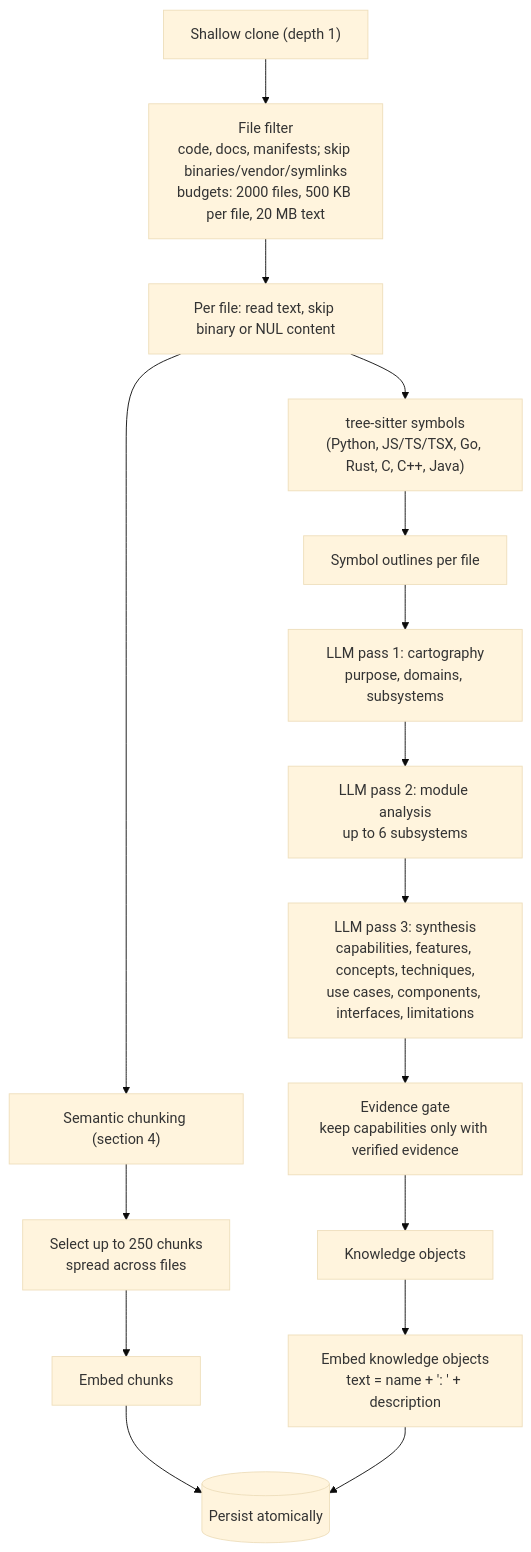
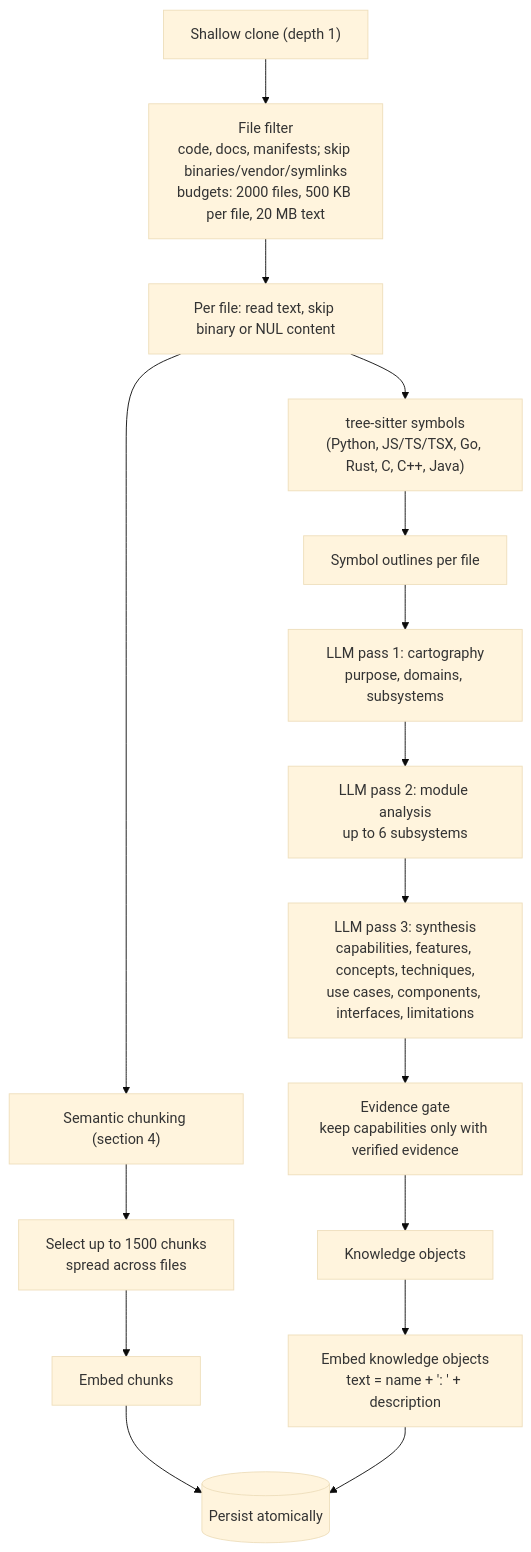
Before and after one commit to priteshvirat24/repo-intelligence: the second of 5 diagrams in docs/RAG.md, drawn with Mermaid (base theme). The commit also changed other lines of this file and 3 other files, not shown here.

````diff
--- a/docs/RAG.md
+++ b/docs/RAG.md
@@ -69,18 +69,18 @@
 ```mermaid
 flowchart TD
     A["Shallow clone (depth 1)"] --> B["File filter<br>code, docs, manifests; skip binaries/vendor/symlinks<br>budgets: 2000 files, 500 KB per file, 20 MB text"]
     B --> C["Per file: read text, skip binary or NUL content"]
     C --> D["tree-sitter symbols<br>(Python, JS/TS/TSX, Go, Rust, C, C++, Java)"]
     C --> E["Semantic chunking (section 4)"]
     D --> F["Symbol outlines per file"]
     F --> G["LLM pass 1: cartography<br>purpose, domains, subsystems"]
     G --> H["LLM pass 2: module analysis<br>up to 6 subsystems"]
     H --> I["LLM pass 3: synthesis<br>capabilities, features, concepts, techniques,<br>use cases, components, interfaces, limitations"]
     I --> J["Evidence gate<br>keep capabilities only with verified evidence"]
-    E --> K["Select up to 250 chunks<br>spread across files"]
+    E --> K["Select up to 1500 chunks<br>spread across files"]
     J --> L["Knowledge objects"]
     K --> M["Embed chunks"]
     L --> N["Embed knowledge objects<br>text = name + ': ' + description"]
     M --> O[("Persist atomically")]
     N --> O
 ```
````
